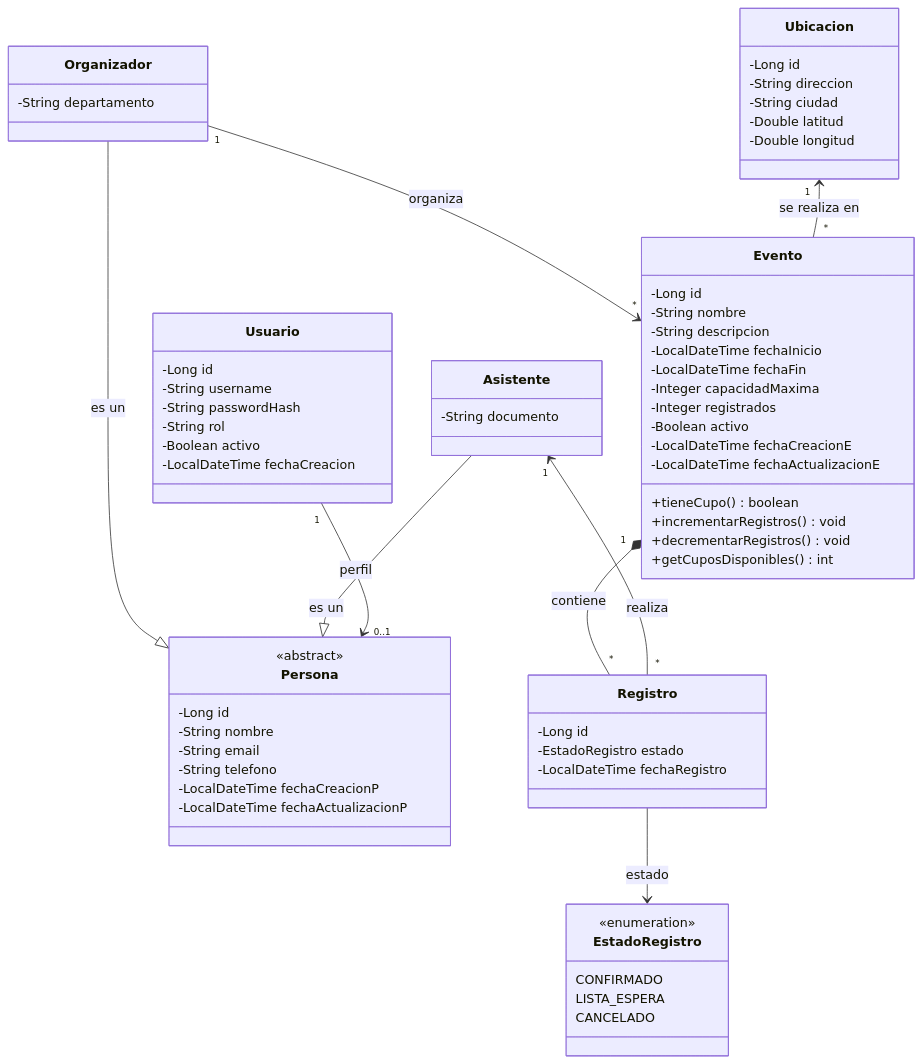
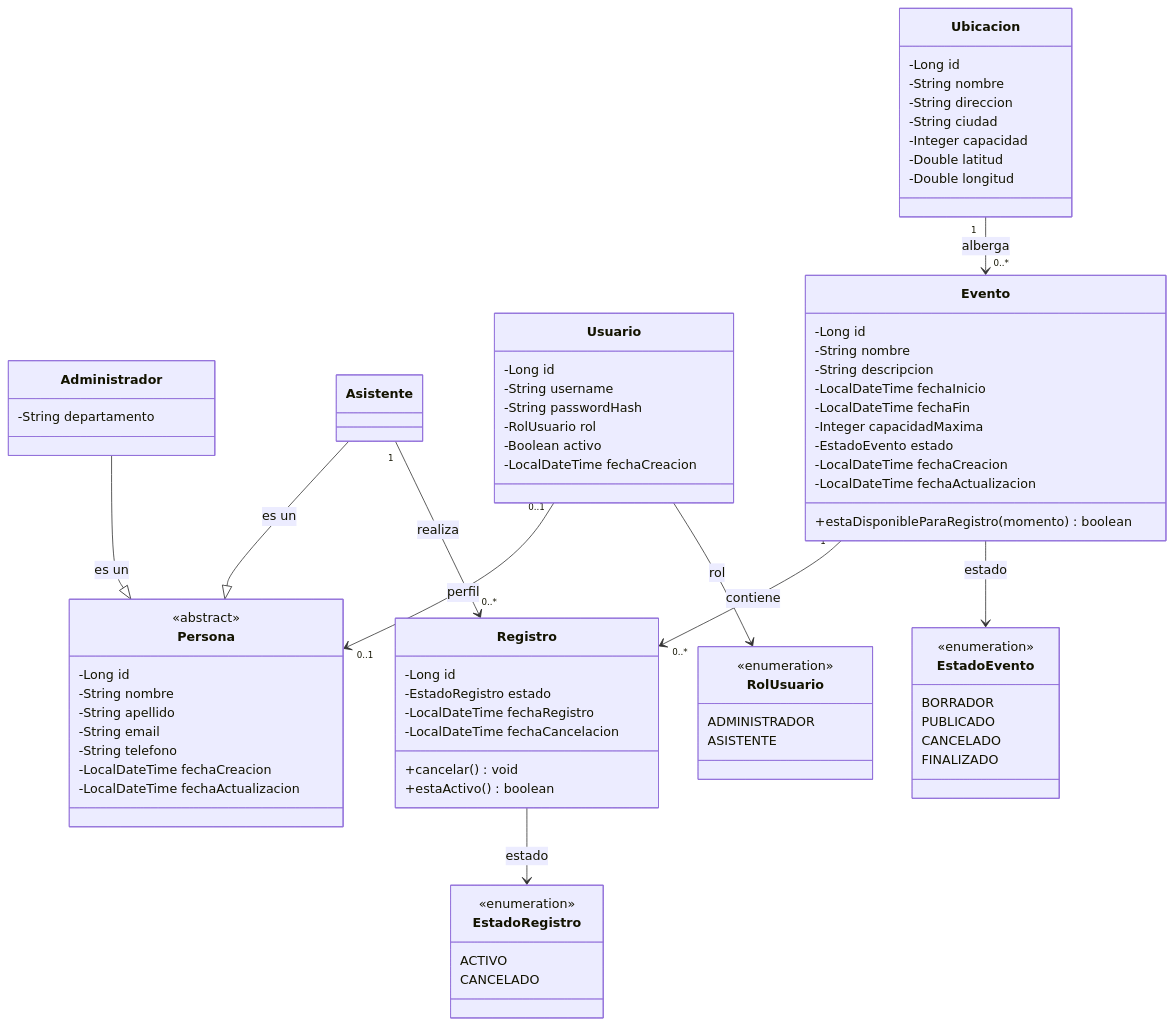
Before and after one commit to pc15016-Ronnie/POO-Proyecto-Final-Grupo-6: the first of 3 diagrams in README.md, drawn with Mermaid. The commit also changed other lines of this file and 2 other files, not shown here.

````diff
--- a/README.md
+++ b/README.md
@@ -69,33 +81,34 @@
         <<abstract>>
         -Long id
         -String nombre
+        -String apellido
         -String email
         -String telefono
-        -LocalDateTime fechaCreacionP
-        -LocalDateTime fechaActualizacionP
+        -LocalDateTime fechaCreacion
+        -LocalDateTime fechaActualizacion
     }
 
-    class Organizador {
+    class Administrador {
         -String departamento
     }
 
-    class Asistente {
-        -String documento
-    }
+    class Asistente
 
     class Usuario {
         -Long id
         -String username
         -String passwordHash
-        -String rol
+        -RolUsuario rol
         -Boolean activo
         -LocalDateTime fechaCreacion
     }
 
     class Ubicacion {
         -Long id
+        -String nombre
         -String direccion
         -String ciudad
+        -Integer capacidad
         -Double latitud
         -Double longitud
     }
@@ -107,38 +120,48 @@
         -LocalDateTime fechaInicio
         -LocalDateTime fechaFin
         -Integer capacidadMaxima
-        -Integer registrados
-        -Boolean activo
-        -LocalDateTime fechaCreacionE
-        -LocalDateTime fechaActualizacionE
-        +tieneCupo() boolean
-        +incrementarRegistros() void
-        +decrementarRegistros() void
-        +getCuposDisponibles() int
-    }
-
-    class EstadoRegistro {
-        <<enumeration>>
-        CONFIRMADO
-        LISTA_ESPERA
-        CANCELADO
+        -EstadoEvento estado
+        -LocalDateTime fechaCreacion
+        -LocalDateTime fechaActualizacion
+        +estaDisponibleParaRegistro(momento) boolean
     }
 
     class Registro {
         -Long id
         -EstadoRegistro estado
         -LocalDateTime fechaRegistro
+        -LocalDateTime fechaCancelacion
+        +cancelar() void
+        +estaActivo() boolean
     }
 
-    %% Relaciones de Herencia
-    Organizador --|> Persona : es un
+    class EstadoEvento {
+        <<enumeration>>
+        BORRADOR
+        PUBLICADO
+        CANCELADO
+        FINALIZADO
+    }
+
+    class EstadoRegistro {
+        <<enumeration>>
+        ACTIVO
+        CANCELADO
+    }
+
+    class RolUsuario {
+        <<enumeration>>
+        ADMINISTRADOR
+        ASISTENTE
+    }
+
+    Administrador --|> Persona : es un
     Asistente --|> Persona : es un
-
-    %% Relaciones de Asociación
-    Usuario "1" --> "0..1" Persona : perfil
-    Organizador "1" --> "*" Evento : organiza
-    Ubicacion "1" <-- "*" Evento : se realiza en
-    Evento "1" *-- "*" Registro : contiene
-    Asistente "1" <-- "*" Registro : realiza
+    Usuario "0..1" --> "0..1" Persona : perfil
+    Ubicacion "1" --> "0..*" Evento : alberga
+    Evento "1" --> "0..*" Registro : contiene
+    Asistente "1" --> "0..*" Registro : realiza
+    Evento --> EstadoEvento : estado
     Registro --> EstadoRegistro : estado
+    Usuario --> RolUsuario : rol
 ```
````
